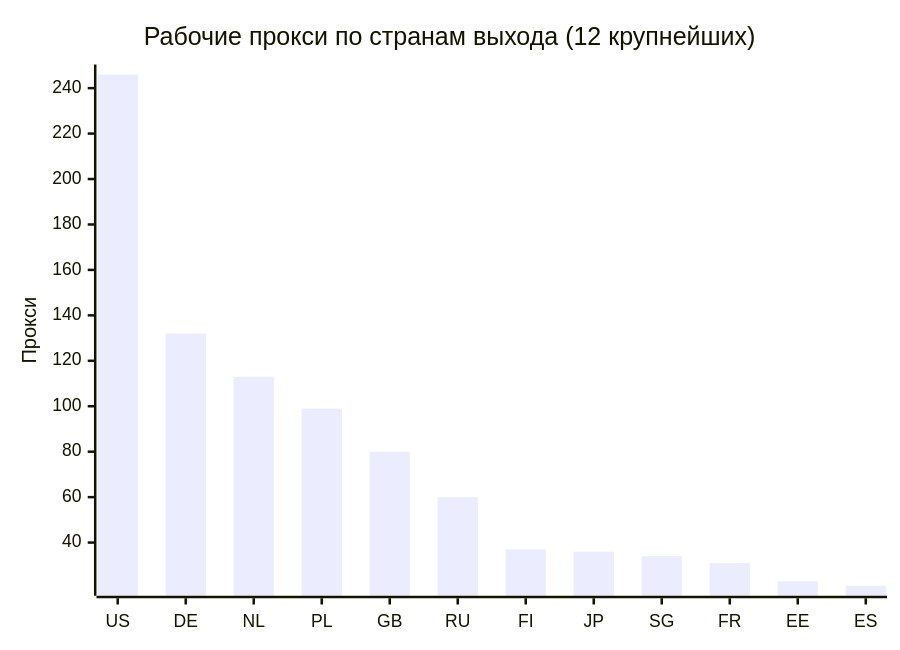
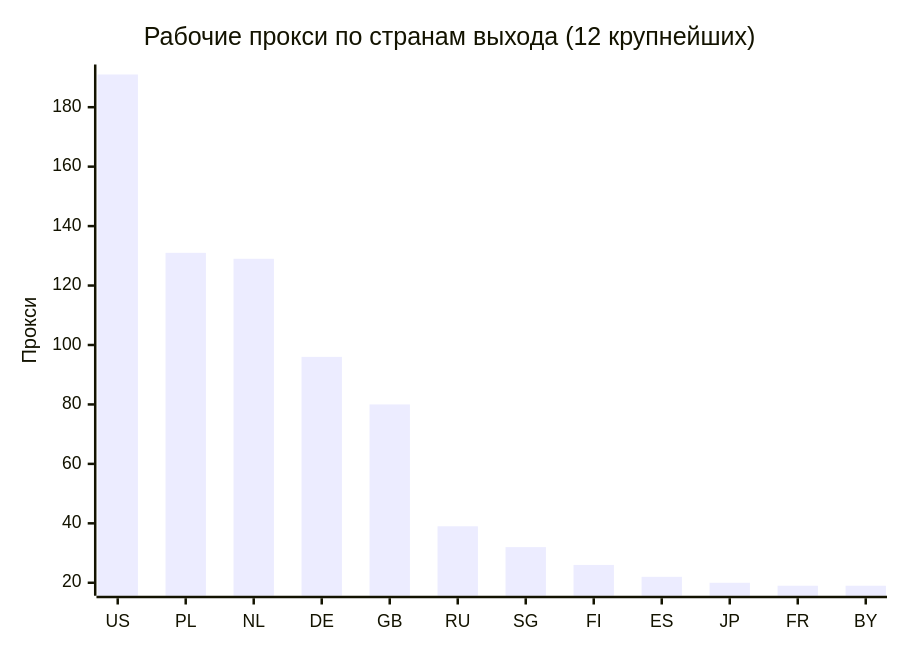
One commit to rvvg/proxy-subs changed the second of 4 diagrams in README.md. Above: the diagram before and after it, drawn with Mermaid. The commit also changed other lines of this file and 53 other files, not shown here.

````diff
--- a/README.md
+++ b/README.md
@@ -131,7 +129,7 @@
 ```mermaid
 xychart-beta
     title "Рабочие прокси по странам выхода (12 крупнейших)"
-    x-axis ["US", "DE", "NL", "PL", "GB", "RU", "FI", "JP", "SG", "FR", "EE", "ES"]
+    x-axis ["US", "PL", "NL", "DE", "GB", "RU", "SG", "FI", "ES", "JP", "FR", "BY"]
     y-axis "Прокси"
-    bar [246, 132, 113, 99, 80, 60, 37, 36, 34, 31, 23, 21]
+    bar [191, 131, 129, 96, 80, 39, 32, 26, 22, 20, 19, 19]
 ```
````
